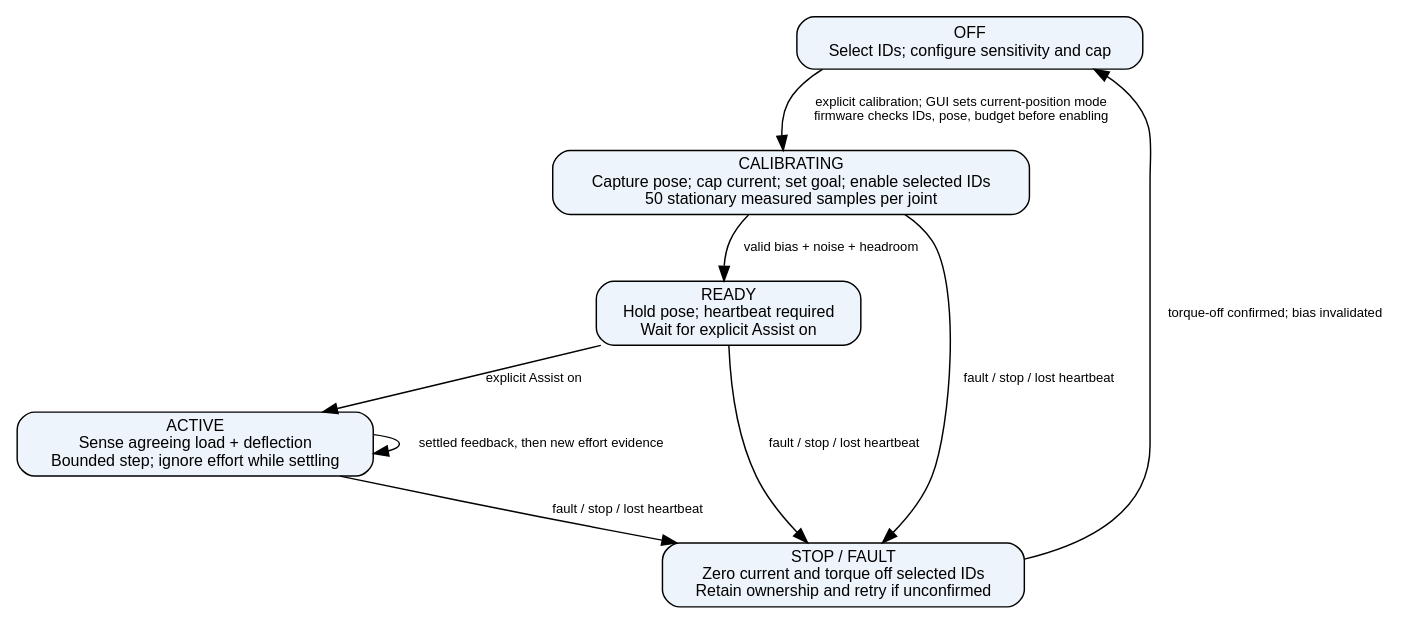
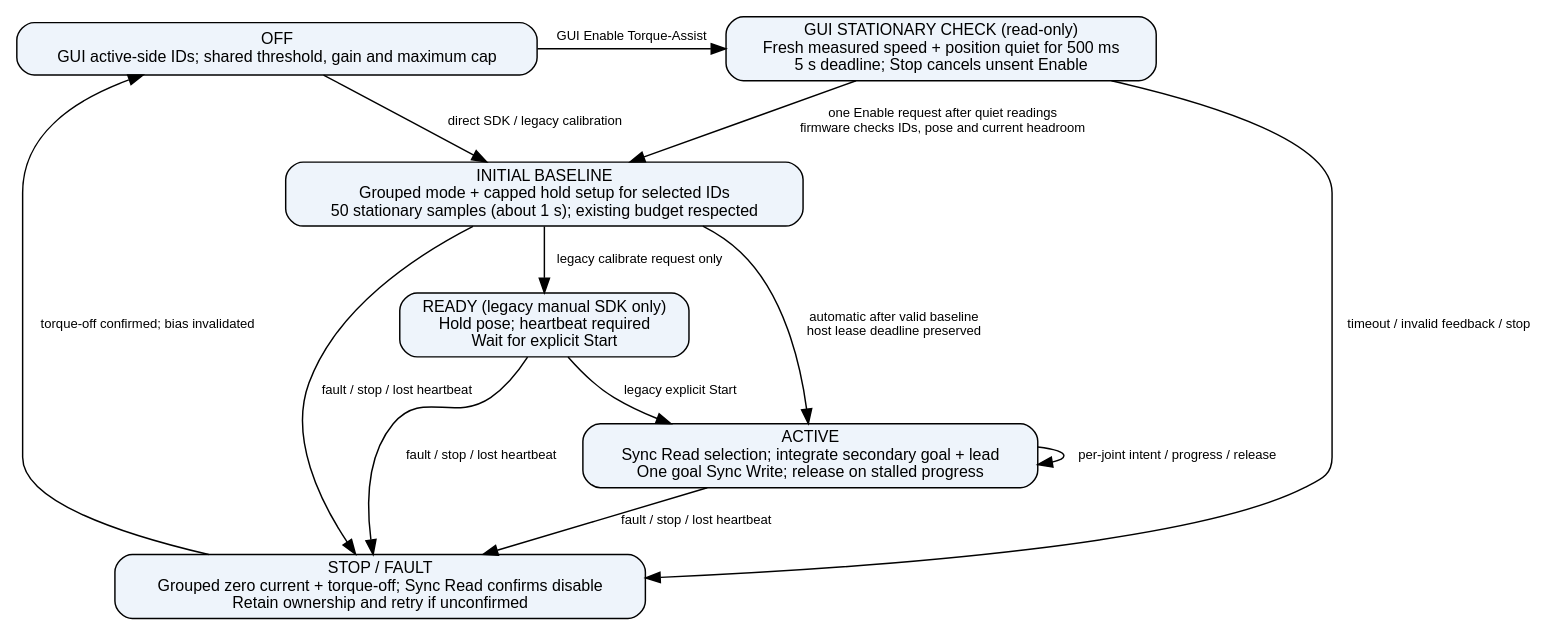
Before and after one commit to Neuro-Mechatronics-Interfaces/NML_Hand_Exo: the diagram in docs/figures/assist_mode.dot, drawn with Graphviz. The commit also changed 74 other files, not shown here.

```diff
--- a/docs/figures/assist_mode.dot
+++ b/docs/figures/assist_mode.dot
@@ -1,18 +1,24 @@
 digraph assist {
   rankdir=TB;
   node [shape=box, style="rounded,filled", fillcolor="#eef4fb", fontname="Helvetica", fontsize=11];
   edge [fontname="Helvetica", fontsize=9];
-  OFF [label="OFF\nSelect IDs; configure sensitivity and cap"];
-  BIAS [label="CALIBRATING\nCapture pose; cap current; set goal; enable selected IDs\n50 stationary measured samples per joint"];
-  READY [label="READY\nHold pose; heartbeat required\nWait for explicit Assist on"];
-  ACTIVE [label="ACTIVE\nSense agreeing load + deflection\nBounded step; ignore effort while settling"];
-  STOP [label="STOP / FAULT\nZero current and torque off selected IDs\nRetain ownership and retry if unconfirmed"];
-  OFF -> BIAS [label="explicit calibration; GUI sets current-position mode\nfirmware checks IDs, pose, budget before enabling"];
-  BIAS -> READY [label="valid bias + noise + headroom"];
-  READY -> ACTIVE [label="explicit Assist on"];
-  ACTIVE -> ACTIVE [label="settled feedback, then new effort evidence"];
+  OFF [label="OFF\nGUI active-side IDs; shared threshold, gain and maximum cap"];
+  WAIT [label="GUI STATIONARY CHECK (read-only)\nFresh measured speed + position quiet for 500 ms\n5 s deadline; Stop cancels unsent Enable"];
+  {rank=same; OFF; WAIT;}
+  BIAS [label="INITIAL BASELINE\nGrouped mode + capped hold setup for selected IDs\n50 stationary samples (about 1 s); existing budget respected"];
+  READY [label="READY (legacy manual SDK only)\nHold pose; heartbeat required\nWait for explicit Start"];
+  ACTIVE [label="ACTIVE\nSync Read selection; integrate secondary goal + lead\nOne goal Sync Write; release on stalled progress"];
+  STOP [label="STOP / FAULT\nGrouped zero current + torque-off; Sync Read confirms disable\nRetain ownership and retry if unconfirmed"];
+  OFF -> WAIT [label="GUI Enable Torque-Assist"];
+  WAIT -> BIAS [label="one Enable request after quiet readings\nfirmware checks IDs, pose and current headroom"];
+  OFF -> BIAS [label="direct SDK / legacy calibration"];
+  WAIT -> STOP [label="timeout / invalid feedback / stop"];
+  BIAS -> ACTIVE [label="automatic after valid baseline\nhost lease deadline preserved"];
+  BIAS -> READY [label="legacy calibrate request only"];
+  READY -> ACTIVE [label="legacy explicit Start"];
+  ACTIVE -> ACTIVE [label="per-joint intent / progress / release"];
   BIAS -> STOP [label="fault / stop / lost heartbeat"];
   READY -> STOP [label="fault / stop / lost heartbeat"];
   ACTIVE -> STOP [label="fault / stop / lost heartbeat"];
   STOP -> OFF [label="torque-off confirmed; bias invalidated"];
 }
```
